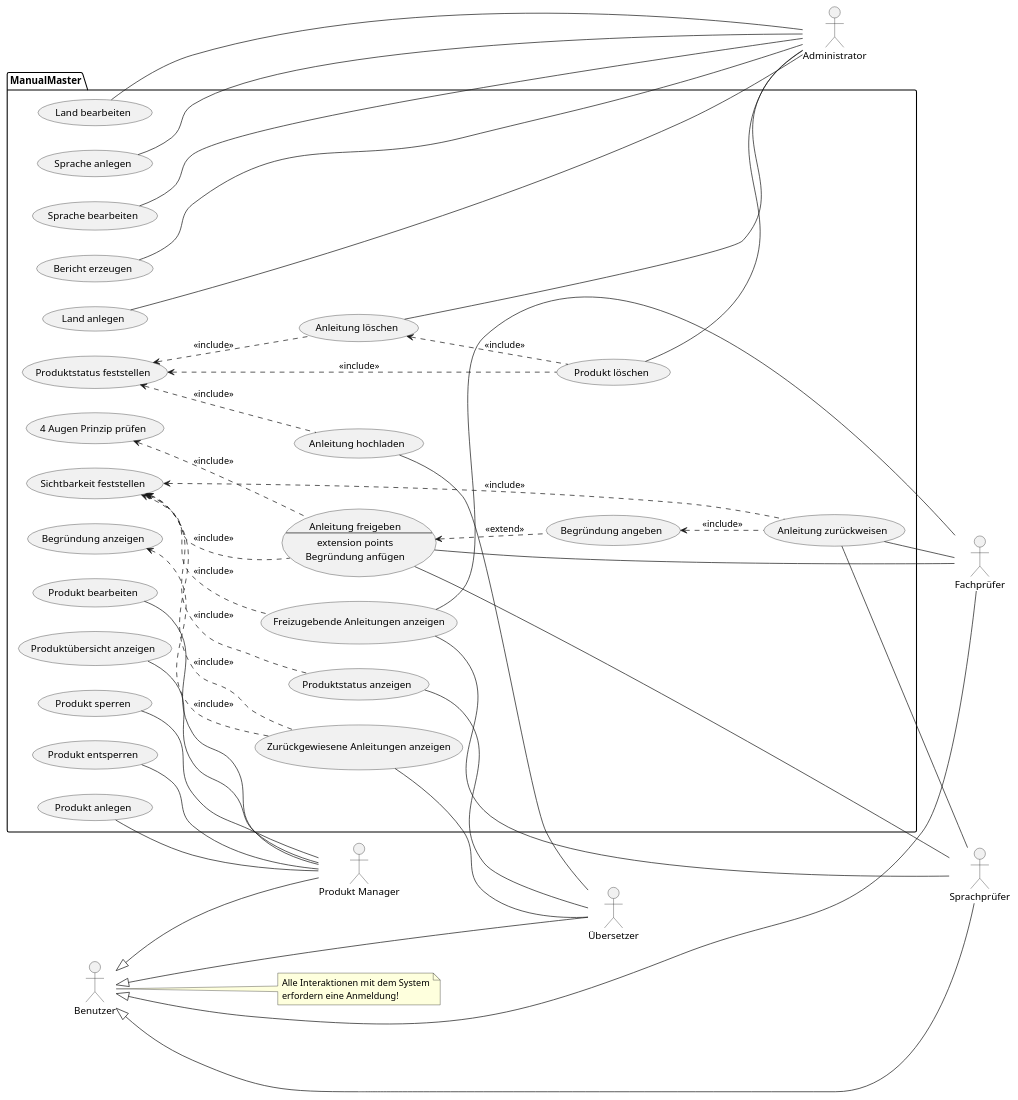
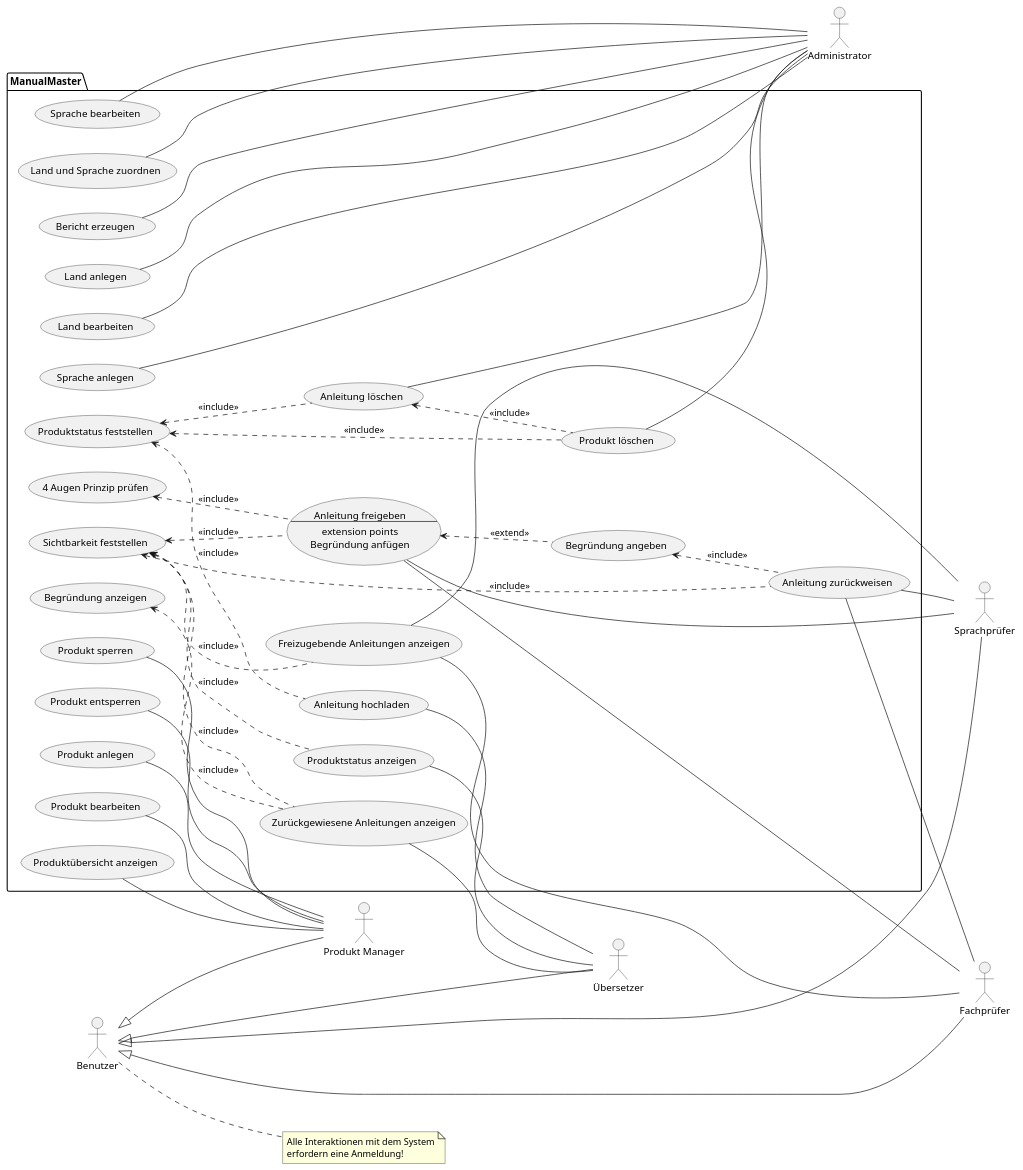
The diagram in Use-Case-Modell.pu (SgtMate/ManualMaster_UML), drawn with PlantUML before and after one commit.

Commit message:
kleine änderung am use case modell.

```diff
--- a/Use-Case-Modell.pu
+++ b/Use-Case-Modell.pu
@@ -1,98 +1,100 @@
 @startuml Aufgabe_3a
 'Akteure
 actor :Produkt Manager: as PM
 actor :Übersetzer: as UE
 actor :Sprachprüfer: as SP
 actor :Fachprüfer: as FP
 actor :Benutzer: as B
 note "Alle Interaktionen mit dem System\nerfordern eine Anmeldung!" as Note1
 B .. Note1
 actor :Administrator: as A
 
 B <|-- PM
 B <|-- UE
 B <|-- SP
 B <|-- FP
 
 package ManualMaster {
 'Use Cases
 usecase "Produkt anlegen" as PA
 usecase "Produkt bearbeiten" as PB
 usecase "Produkt löschen" as PL
 usecase "Land anlegen" as LA
 usecase "Land bearbeiten" as LB
 usecase "Sprache anlegen" as SA
 usecase "Sprache bearbeiten" as SB
+usecase "Land und Sprache zuordnen" as LS
 usecase "Anleitung hochladen" as AH
 usecase "Anleitung löschen" as AL
 AL <.. PL : <<include>>
 usecase "Freizugebende Anleitungen anzeigen" as AA
 usecase AF as "Anleitung freigeben
 --
 extension points
 Begründung anfügen"
 usecase "Anleitung zurückweisen" as AR
 usecase "Produktstatus anzeigen" as PS
 usecase "Zurückgewiesene Anleitungen anzeigen" as ZA
 usecase "Produktübersicht anzeigen" as PU
 usecase "Produkt sperren" as SP2
 usecase "Produkt entsperren" as EP
 usecase "Bericht erzeugen" as BE
 left to right direction
 'Include und Extend
 usecase "Sichtbarkeit feststellen" as SF
 SF <.. AA : <<include>>
 SF <.. AF : <<include>>
 SF <.. AR : <<include>>
 SF <.. PS : <<include>>
 SF <.. ZA : <<include>>
 usecase "4 Augen Prinzip prüfen" as 4AP
 4AP <.. AF : <<include>>
 usecase "Begründung angeben" as BA
 BA <.. AR : <<include>>
 AF <.. BA : <<extend>>
 usecase "Begründung anzeigen" as BA2
 BA2 <.. ZA : <<include>>
 usecase "Produktstatus feststellen" as PS2
 PS2 <.. AH : <<include>>
 PS2 <.. AL : <<include>>
 PS2 <.. PL : <<include>>
 'Anmelden wird nicht gezeigt, da es zu unübersichtlich wird! (siehe Anmerkung oben)
 'usecase "Anmelden" as AM
 'AM <.. PA : <<include>>
 'AM <.. PB : <<include>>
 'AM <.. AH : <<include>>
 'AM <.. AA : <<include>>
 'AM <.. AF : <<include>>
 'AM <.. AR : <<include>>
 'AM <.. PS : <<include>>
 'AM <.. ZA : <<include>>
 'AM <.. PU : <<include>>
 'AM <.. SP2 : <<include>>
 'AM <.. EP : <<include>>
 
 'Assoziationen
 PA -- PM
 PB -- PM
 LA -- A
 LB -- A
 SA -- A
 SB -- A
 AH -- UE
 AA -- SP
 AA -- FP
 AF -- SP
 AF -- FP
 AR -- SP
 AR -- FP
 PS -- UE
 ZA -- UE
 PU -- PM
 SP2 -- PM
 EP -- PM
 'AM -- B
 BE -- A
 AL -- A
 PL -- A
+LS -- A
 }
 @enduml
```
